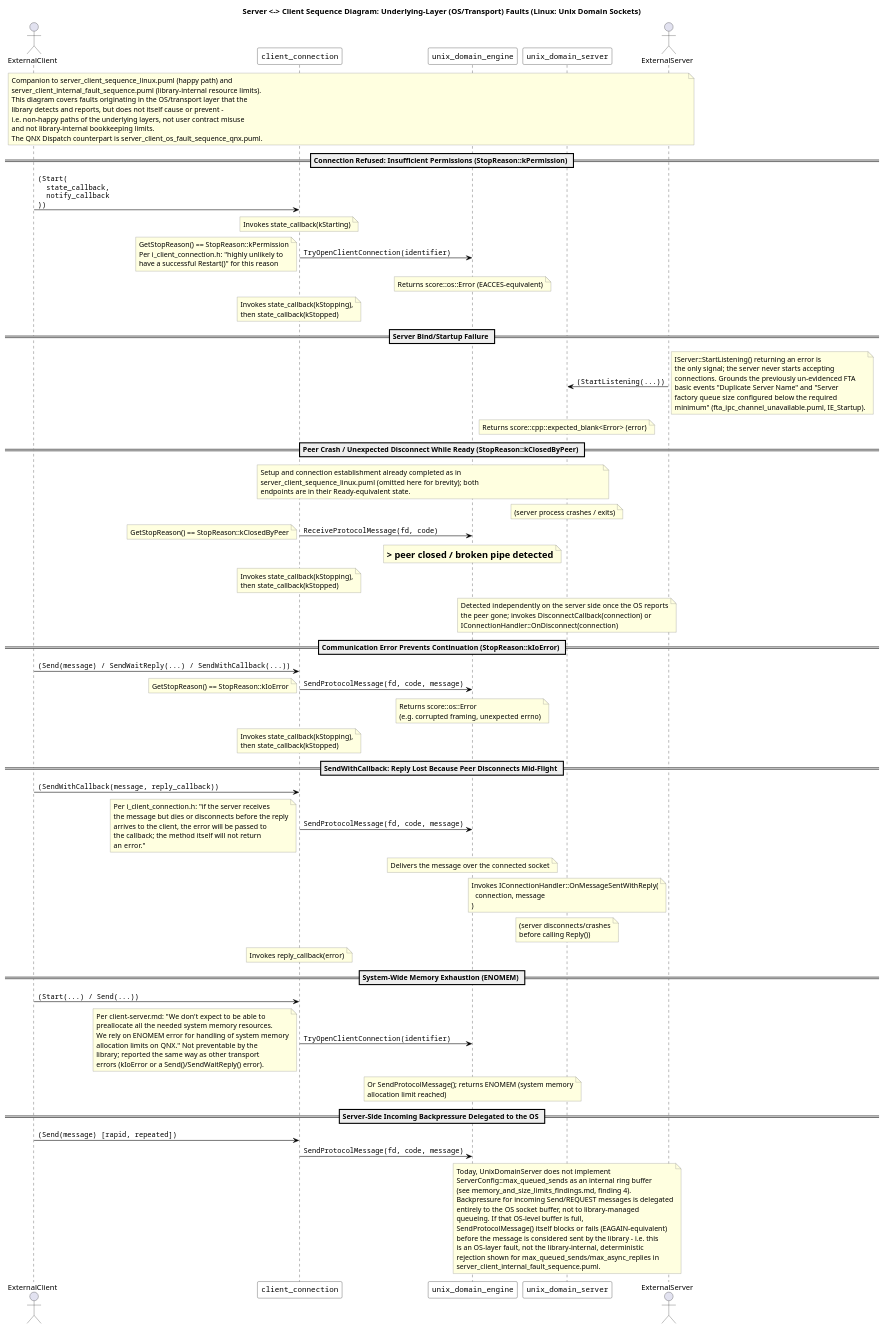
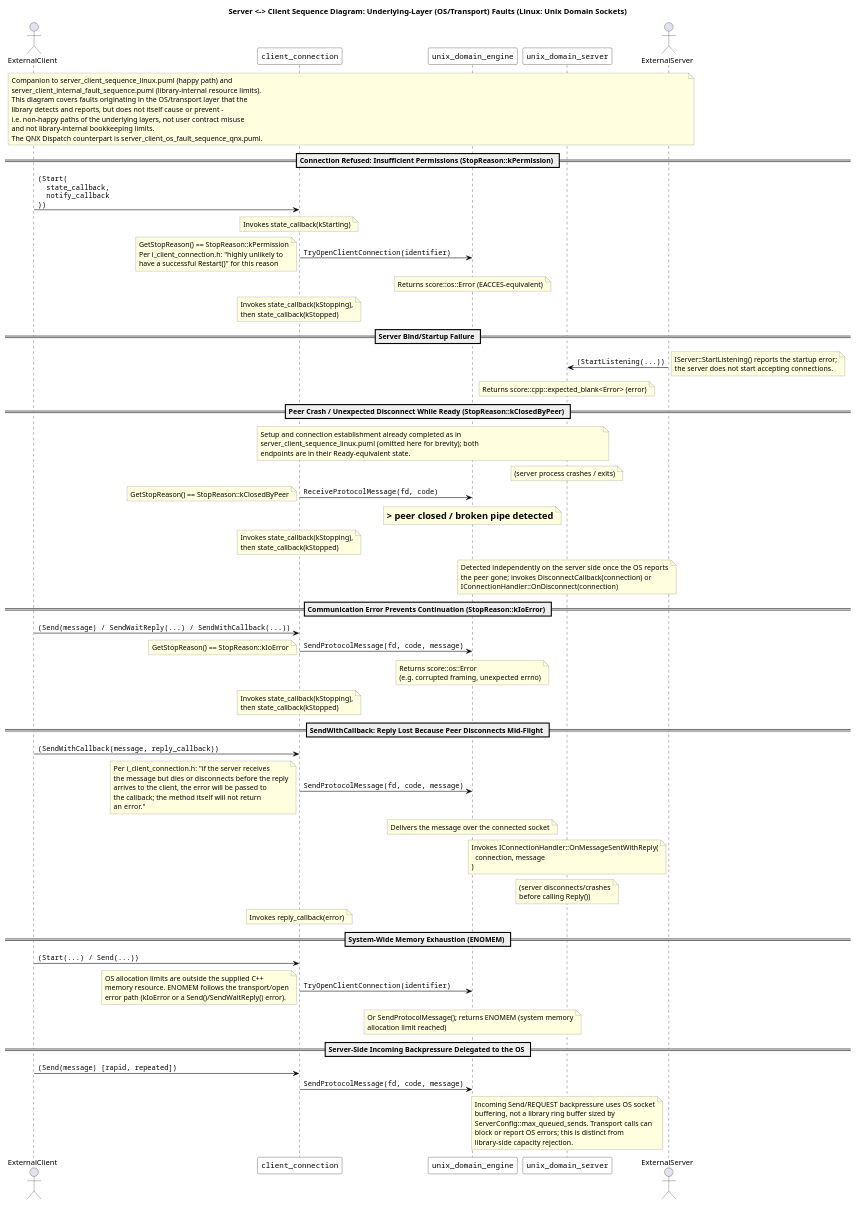
One commit to eclipse-score/communication changed the diagram in score/message_passing/dependability/software_architectural_design/server_client_os_fault_sequence_linux.puml. Above: the diagram before and after it, drawn with PlantUML. The commit also changed 35 other files, not shown here.

Commit message:
message_passing: add QnxDispatchEngine unit design

```diff
--- a/score/message_passing/dependability/software_architectural_design/server_client_os_fault_sequence_linux.puml
+++ b/score/message_passing/dependability/software_architectural_design/server_client_os_fault_sequence_linux.puml
@@ -14,104 +14,104 @@
 @startuml
 
 <style>
 .OS {
     LineThickness 5.0
 }
 </style>
 
 skinparam sequenceArrowColor Black
 skinparam sequenceParticipantBackgroundColor White
 skinparam sequenceParticipantBorderColor Black
 skinparam sequenceLifeLineBorderColor Black
 skinparam sequenceGroupBorderColor DarkGray
 skinparam sequenceGroupBodyBackgroundColor #FAFAFA
 skinparam NoteBackgroundColor LightYellow
 skinparam NoteBorderColor Gray
 skinparam NoteTextAlignment left
 skinparam ParticipantFontName Courier
 skinparam sequenceFontName Courier
 skinparam ArrowFontName Courier
 
 title Server <-> Client Sequence Diagram: Underlying-Layer (OS/Transport) Faults (Linux: Unix Domain Sockets)
 
 actor ExternalClient
 participant client_connection
 participant unix_domain_engine
 participant unix_domain_server
 actor ExternalServer
 
 note across : Companion to server_client_sequence_linux.puml (happy path) and\nserver_client_internal_fault_sequence.puml (library-internal resource limits).\nThis diagram covers faults originating in the OS/transport layer that the\nlibrary detects and reports, but does not itself cause or prevent -\ni.e. non-happy paths of the underlying layers, not user contract misuse\nand not library-internal bookkeeping limits.\nThe QNX Dispatch counterpart is server_client_os_fault_sequence_qnx.puml.
 
 ' -----------------------------------------------------------------
 == Connection Refused: Insufficient Permissions (StopReason::kPermission) ==
 ' -----------------------------------------------------------------
 
 ExternalClient -> client_connection : (Start(\n  state_callback,\n  notify_callback\n))
 note over client_connection : Invokes state_callback(kStarting)
 client_connection -> unix_domain_engine : TryOpenClientConnection(identifier)
 note over unix_domain_engine : Returns score::os::Error (EACCES-equivalent)
 note over client_connection : Invokes state_callback(kStopping),\nthen state_callback(kStopped)
 note left : GetStopReason() == StopReason::kPermission\nPer i_client_connection.h: "highly unlikely to\nhave a successful Restart()" for this reason
 
 ' -----------------------------------------------------------------
 == Server Bind/Startup Failure ==
 ' -----------------------------------------------------------------
 
 ExternalServer -> unix_domain_server : (StartListening(...))
 note over unix_domain_server : Returns score::cpp::expected_blank<Error> (error)
-note right : IServer::StartListening() returning an error is\nthe only signal; the server never starts accepting\nconnections. Grounds the previously un-evidenced FTA\nbasic events "Duplicate Server Name" and "Server\nfactory queue size configured below the required\nminimum" (fta_ipc_channel_unavailable.puml, IE_Startup).
+note right : IServer::StartListening() reports the startup error;\nthe server does not start accepting connections.
 
 ' -----------------------------------------------------------------
 == Peer Crash / Unexpected Disconnect While Ready (StopReason::kClosedByPeer) ==
 ' -----------------------------------------------------------------
 
 note over client_connection, unix_domain_server : Setup and connection establishment already completed as in\nserver_client_sequence_linux.puml (omitted here for brevity); both\nendpoints are in their Ready-equivalent state.
 
 note over unix_domain_server : (server process crashes / exits)
 client_connection -> unix_domain_engine : ReceiveProtocolMessage(fd, code)
 note over unix_domain_engine : => peer closed / broken pipe detected
 note over client_connection : Invokes state_callback(kStopping),\nthen state_callback(kStopped)
 note left : GetStopReason() == StopReason::kClosedByPeer
 
 note over unix_domain_server : Detected independently on the server side once the OS reports\nthe peer gone; invokes DisconnectCallback(connection) or\nIConnectionHandler::OnDisconnect(connection)
 
 ' -----------------------------------------------------------------
 == Communication Error Prevents Continuation (StopReason::kIoError) ==
 ' -----------------------------------------------------------------
 
 ExternalClient -> client_connection : (Send(message) / SendWaitReply(...) / SendWithCallback(...))
 client_connection -> unix_domain_engine : SendProtocolMessage(fd, code, message)
 note over unix_domain_engine : Returns score::os::Error\n(e.g. corrupted framing, unexpected errno)
 note over client_connection : Invokes state_callback(kStopping),\nthen state_callback(kStopped)
 note left : GetStopReason() == StopReason::kIoError
 
 ' -----------------------------------------------------------------
 == SendWithCallback: Reply Lost Because Peer Disconnects Mid-Flight ==
 ' -----------------------------------------------------------------
 
 ExternalClient -> client_connection : (SendWithCallback(message, reply_callback))
 client_connection -> unix_domain_engine : SendProtocolMessage(fd, code, message)
 note over unix_domain_engine : Delivers the message over the connected socket
 note over unix_domain_server : Invokes IConnectionHandler::OnMessageSentWithReply(\n  connection, message\n)
 note over unix_domain_server : (server disconnects/crashes\nbefore calling Reply())
 note over client_connection : Invokes reply_callback(error)
 note left : Per i_client_connection.h: "if the server receives\nthe message but dies or disconnects before the reply\narrives to the client, the error will be passed to\nthe callback; the method itself will not return\nan error."
 
 ' -----------------------------------------------------------------
 == System-Wide Memory Exhaustion (ENOMEM) ==
 ' -----------------------------------------------------------------
 
 ExternalClient -> client_connection : (Start(...) / Send(...))
 client_connection -> unix_domain_engine : TryOpenClientConnection(identifier)
 note over unix_domain_engine : Or SendProtocolMessage(); returns ENOMEM (system memory\nallocation limit reached)
-note left : Per client-server.md: "We don't expect to be able to\npreallocate all the needed system memory resources.\nWe rely on ENOMEM error for handling of system memory\nallocation limits on QNX." Not preventable by the\nlibrary; reported the same way as other transport\nerrors (kIoError or a Send()/SendWaitReply() error).
+note left : OS allocation limits are outside the supplied C++\nmemory resource. ENOMEM follows the transport/open\nerror path (kIoError or a Send()/SendWaitReply() error).
 
 ' -----------------------------------------------------------------
 == Server-Side Incoming Backpressure Delegated to the OS ==
 ' -----------------------------------------------------------------
 
 ExternalClient -> client_connection : (Send(message) [rapid, repeated])
 client_connection -> unix_domain_engine : SendProtocolMessage(fd, code, message)
-note over unix_domain_server : Today, UnixDomainServer does not implement\nServerConfig::max_queued_sends as an internal ring buffer\n(see memory_and_size_limits_findings.md, finding 4).\nBackpressure for incoming Send/REQUEST messages is delegated\nentirely to the OS socket buffer, not to library-managed\nqueueing. If that OS-level buffer is full,\nSendProtocolMessage() itself blocks or fails (EAGAIN-equivalent)\nbefore the message is considered sent by the library - i.e. this\nis an OS-layer fault, not the library-internal, deterministic\nrejection shown for max_queued_sends/max_async_replies in\nserver_client_internal_fault_sequence.puml.
+note over unix_domain_server : Incoming Send/REQUEST backpressure uses OS socket\nbuffering, not a library ring buffer sized by\nServerConfig::max_queued_sends. Transport calls can\nblock or report OS errors; this is distinct from\nlibrary-side capacity rejection.
 
 @enduml
```
